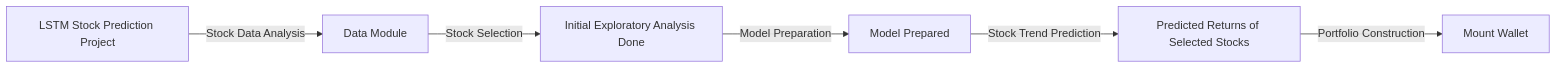
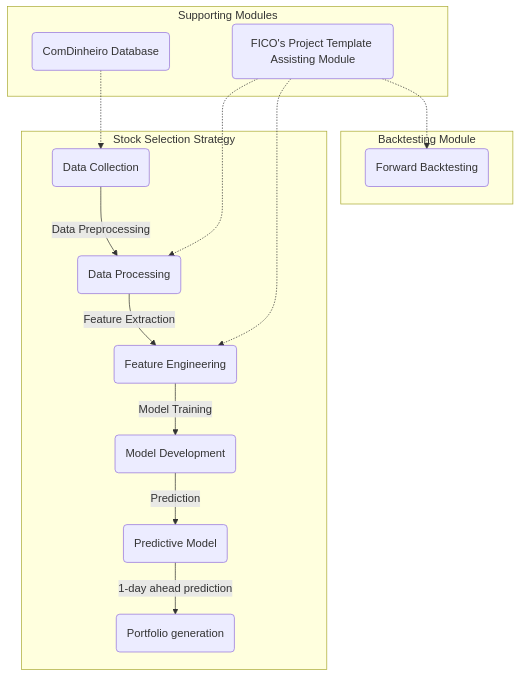
Before and after one commit to fico-ita/template_python: the diagram in docs/index.md, drawn with Mermaid. The commit also changed other lines of this file, not shown here.

Commit message:
fix: graph remade

````diff
--- a/docs/index.md
+++ b/docs/index.md
@@ -25,8 +25,21 @@
 ```mermaid
-flowchart LR
-    A[LSTM Stock Prediction Project] -->|Stock Data Analysis| B[Data Module];
-    B -->|Stock Selection| C[Initial Exploratory Analysis Done];
-    C -->|Model Preparation| D[Model Prepared];
-    D -->|Stock Trend Prediction| E[Predicted Returns of Selected Stocks];
-    E -->|Portfolio Construction| F[Mount Wallet];
+graph TD
+    subgraph "Stock Selection Strategy"
+        A(Data Collection) -->|Data Preprocessing| B(Data Processing)
+        B -->|Feature Extraction| C(Feature Engineering)
+        C -->|Model Training| D(Model Development)
+        D -->|Prediction| E(Predictive Model)
+        E -->|1-day ahead prediction| F(Portfolio generation)
+    end
+
+    subgraph "Supporting Modules"
+        G(ComDinheiro Database) -.-> A
+        I(FICO's Project Template Assisting Module) -.-> B
+        I -.-> C
+    end
+
+    subgraph "Backtesting Module"
+        I -.-> K(Forward Backtesting)
+    end
+
 ```
````
